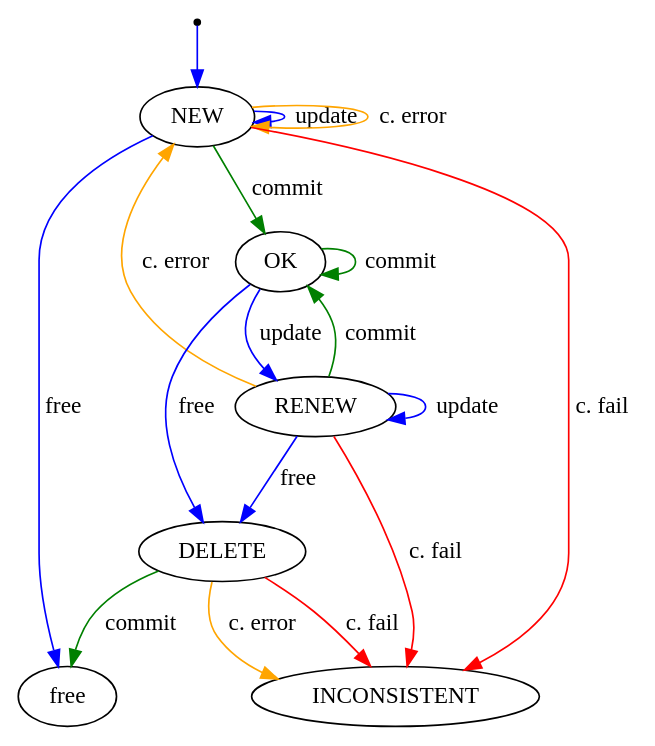
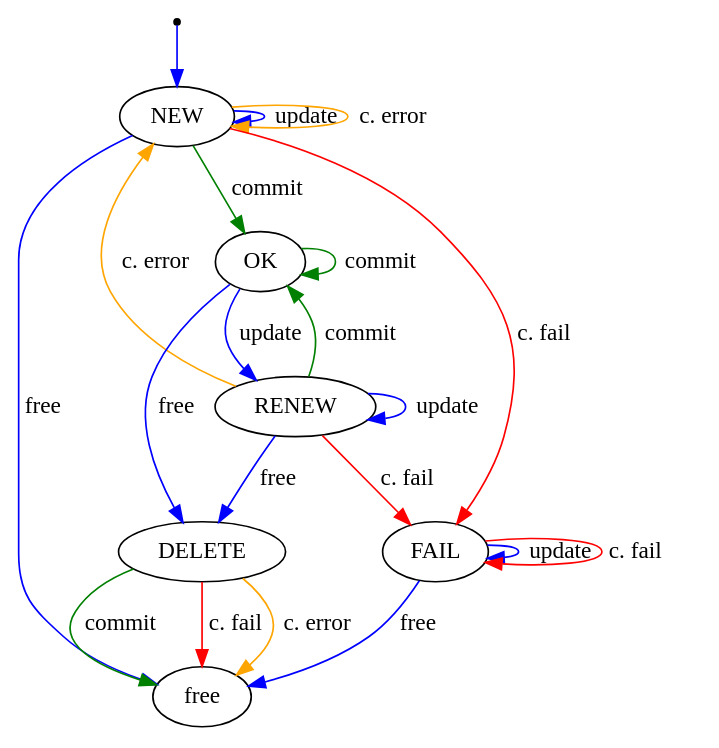
One commit to asch/lsdn changed the diagram in netmodel/states.dot. Above: the diagram before and after it, drawn with Graphviz. The commit also changed 22 other files, not shown here.

```diff
--- a/netmodel/states.dot
+++ b/netmodel/states.dot
@@ -1,21 +1,24 @@
 digraph G {
     T [shape = point ];
     NEW; RENEW; DELETE; OK; free
     T -> NEW [color = "blue"];
     NEW -> NEW [label = "update", color = "blue"];
     NEW -> free [label = "free", color = "blue"];
     NEW -> OK [label = "commit", color = "green"];
     NEW -> NEW [label = "c. error", color = "orange" ];
-    NEW -> INCONSISTENT [label = "c. fail", color = "red"];
+    NEW -> FAIL [label = "c. fail", color = "red"];
     OK -> RENEW [label = "update", color = "blue"];
     OK -> DELETE [label = "free", color = "blue"];
     OK -> OK [label = "commit", color = "green"];
     DELETE -> free [label = "commit", color = "green"];
-    DELETE -> INCONSISTENT [label = "c. fail", color = "red"];
-    DELETE -> INCONSISTENT [label = "c. error", color = "orange"];
+    DELETE -> free [label = "c. fail", color = "red"];
+    DELETE -> free [label = "c. error", color = "orange"];
     RENEW -> RENEW [label = "update", color = "blue"];
     RENEW -> DELETE [label = "free", color = "blue"];
     RENEW -> NEW [label = "c. error", color = "orange"];
-    RENEW -> INCONSISTENT [label = "c. fail", color = "red"];
+    RENEW -> FAIL [label = "c. fail", color = "red"];
     RENEW -> OK [label = "commit", color = "green"];
+    FAIL -> free [label = "free", color = "blue" ];
+    FAIL -> FAIL [label = "update", color = "blue" ];
+    FAIL -> FAIL [label = "c. fail", color = "red" ];
 }
```
